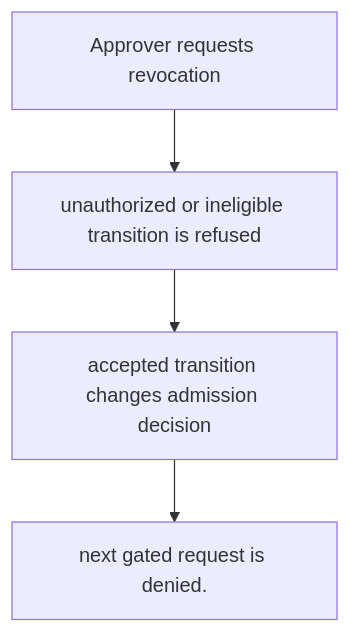
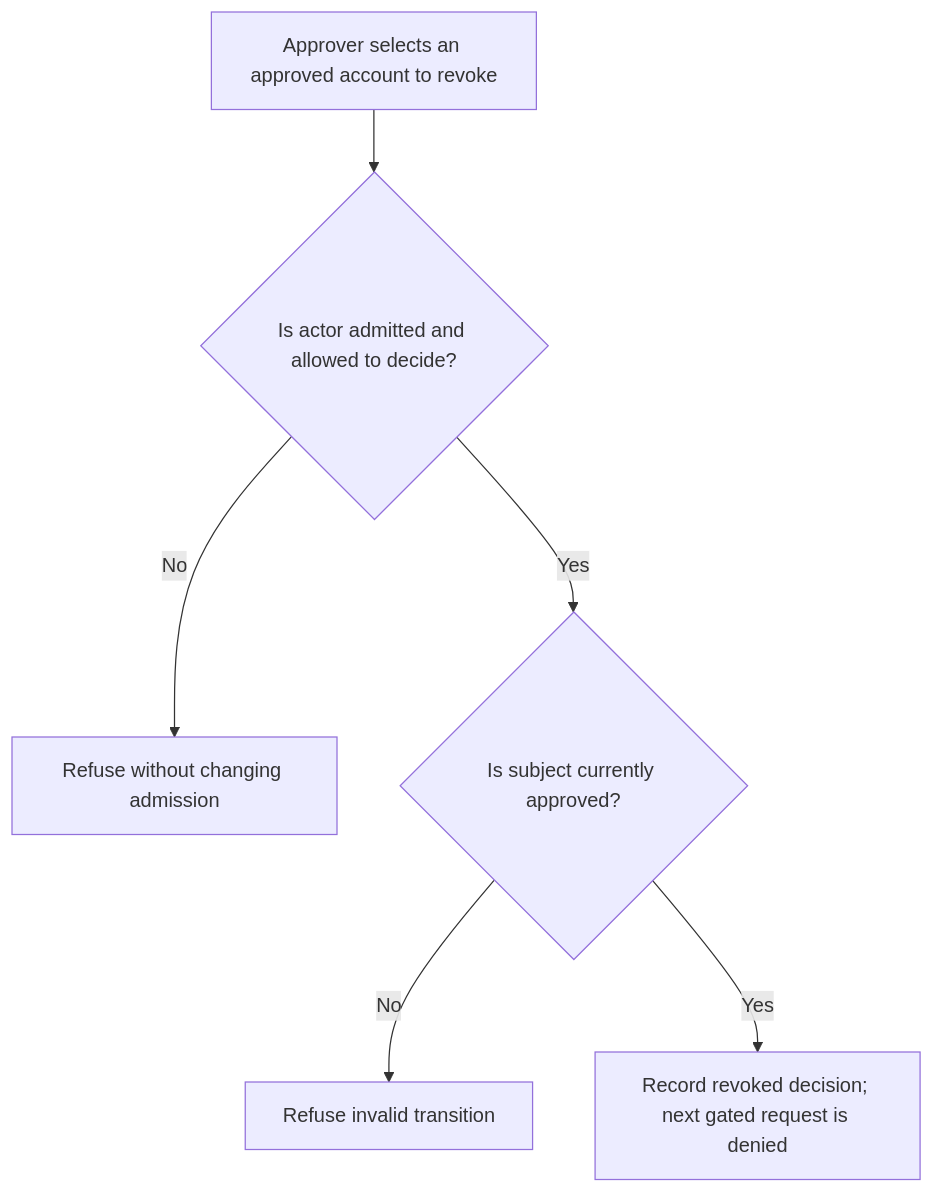
The first of 2 diagrams in user-stories/US-ACCOUNT-27-revoke-admission.md (Kevinjohn/oss-adonisjs-account-kit), drawn with Mermaid before and after one commit. The commit also changed other lines of this file and 29 other files, not shown here.

````diff
--- a/user-stories/US-ACCOUNT-27-revoke-admission.md
+++ b/user-stories/US-ACCOUNT-27-revoke-admission.md
@@ -20,10 +18,8 @@
 ```mermaid
 flowchart TD
-    U0["Approver requests revocation"]
-    U1["unauthorized or ineligible transition is refused"]
-    U0 --> U1
-    U2["accepted transition changes admission decision"]
-    U1 --> U2
-    U3["next gated request is denied."]
-    U2 --> U3
+ A["Approver selects an approved account to revoke"] --> B{"Is actor admitted and allowed to decide?"}
+ B -->|No| C["Refuse without changing admission"]
+ B -->|Yes| D{"Is subject currently approved?"}
+ D -->|No| E["Refuse invalid transition"]
+ D -->|Yes| F["Record revoked decision; next gated request is denied"]
 ```
````
